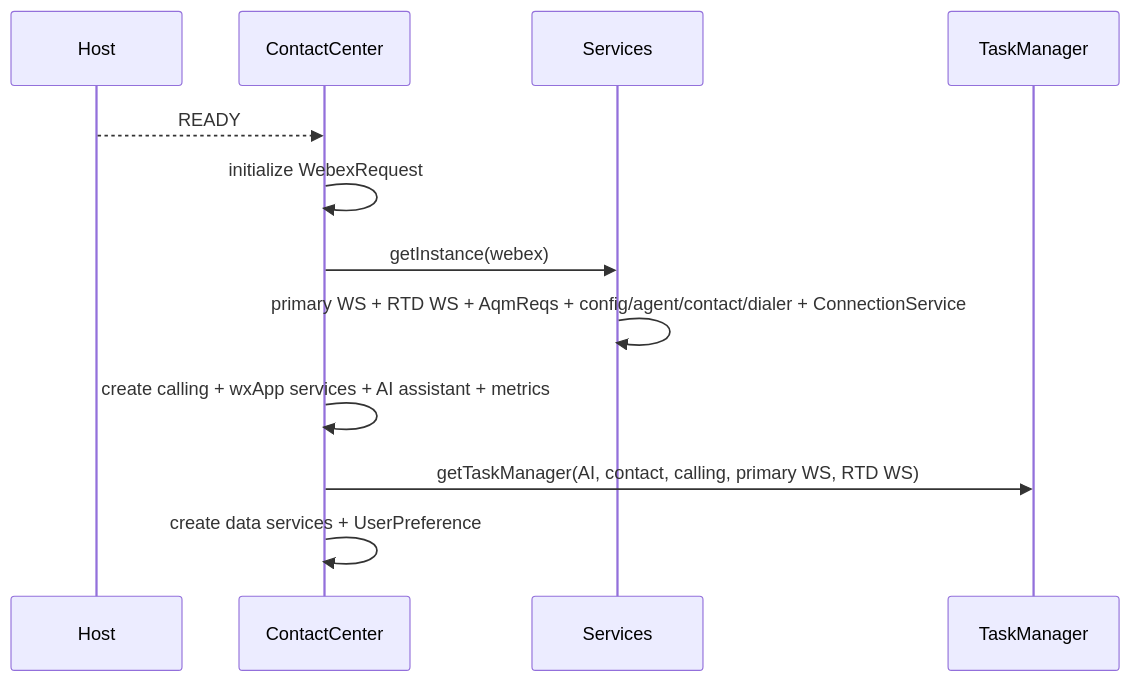
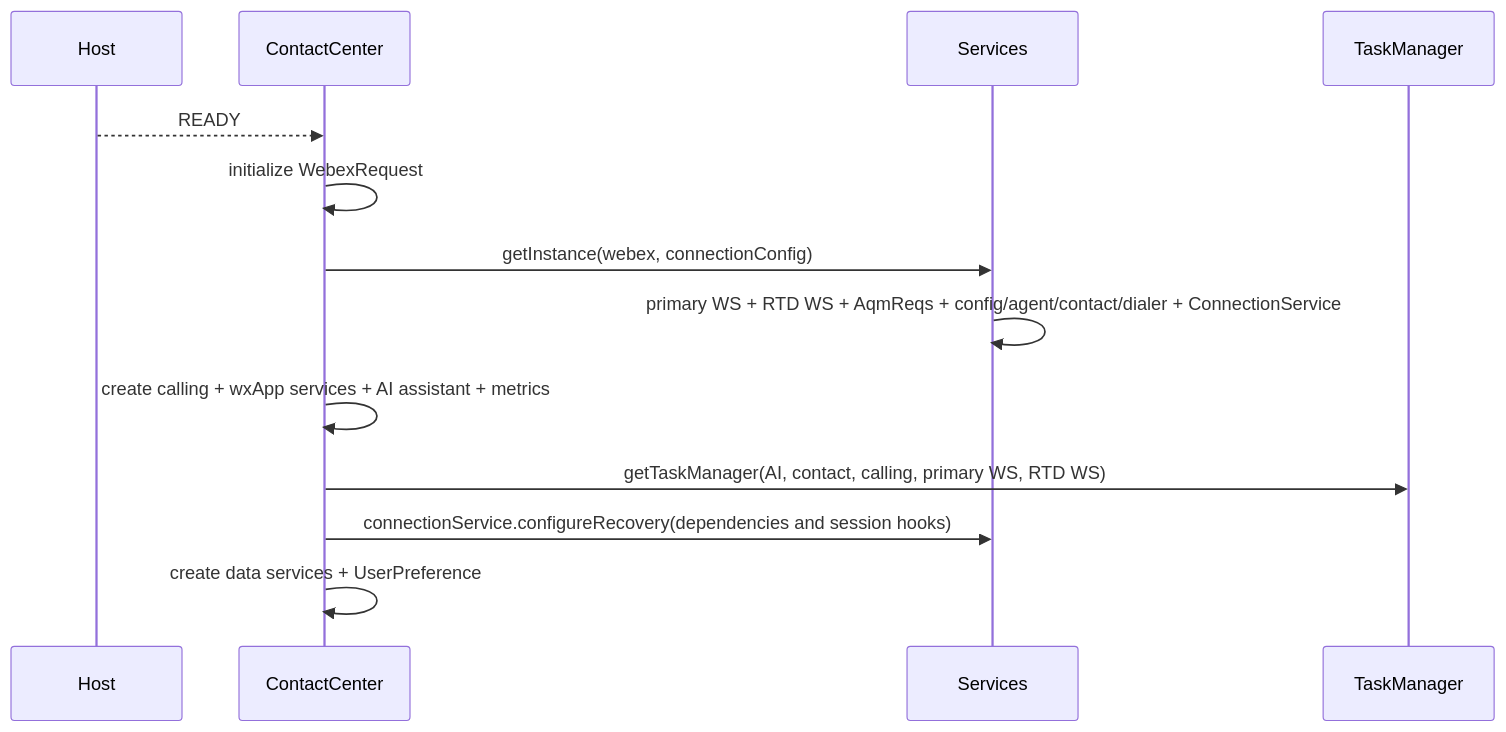
One commit to webex/webex-js-sdk changed the first of 12 diagrams in packages/@webex/contact-center/src/services/docs/README.md. Above: the diagram before and after it, drawn with Mermaid. The commit also changed other lines of this file and 17 other files, not shown here.

Commit message:
refactor(contact-center): centralize regional recovery in connection service

````diff
--- a/packages/@webex/contact-center/src/services/docs/README.md
+++ b/packages/@webex/contact-center/src/services/docs/README.md
@@ -331,14 +335,15 @@
 ```mermaid
 sequenceDiagram
   participant Host
   participant CC as ContactCenter
   participant S as Services
   participant TM as TaskManager
   Host-->>CC: READY
   CC->>CC: initialize WebexRequest
-  CC->>S: getInstance(webex)
+  CC->>S: getInstance(webex, connectionConfig)
   S->>S: primary WS + RTD WS + AqmReqs + config/agent/contact/dialer + ConnectionService
   CC->>CC: create calling + wxApp services + AI assistant + metrics
   CC->>TM: getTaskManager(AI, contact, calling, primary WS, RTD WS)
+  CC->>S: connectionService.configureRecovery(dependencies and session hooks)
   CC->>CC: create data services + UserPreference
 ```
````
